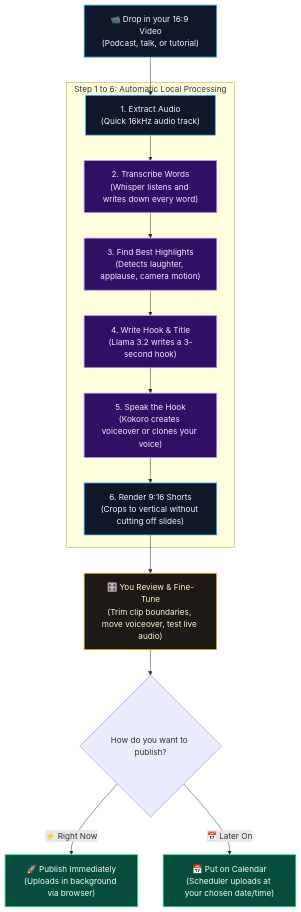
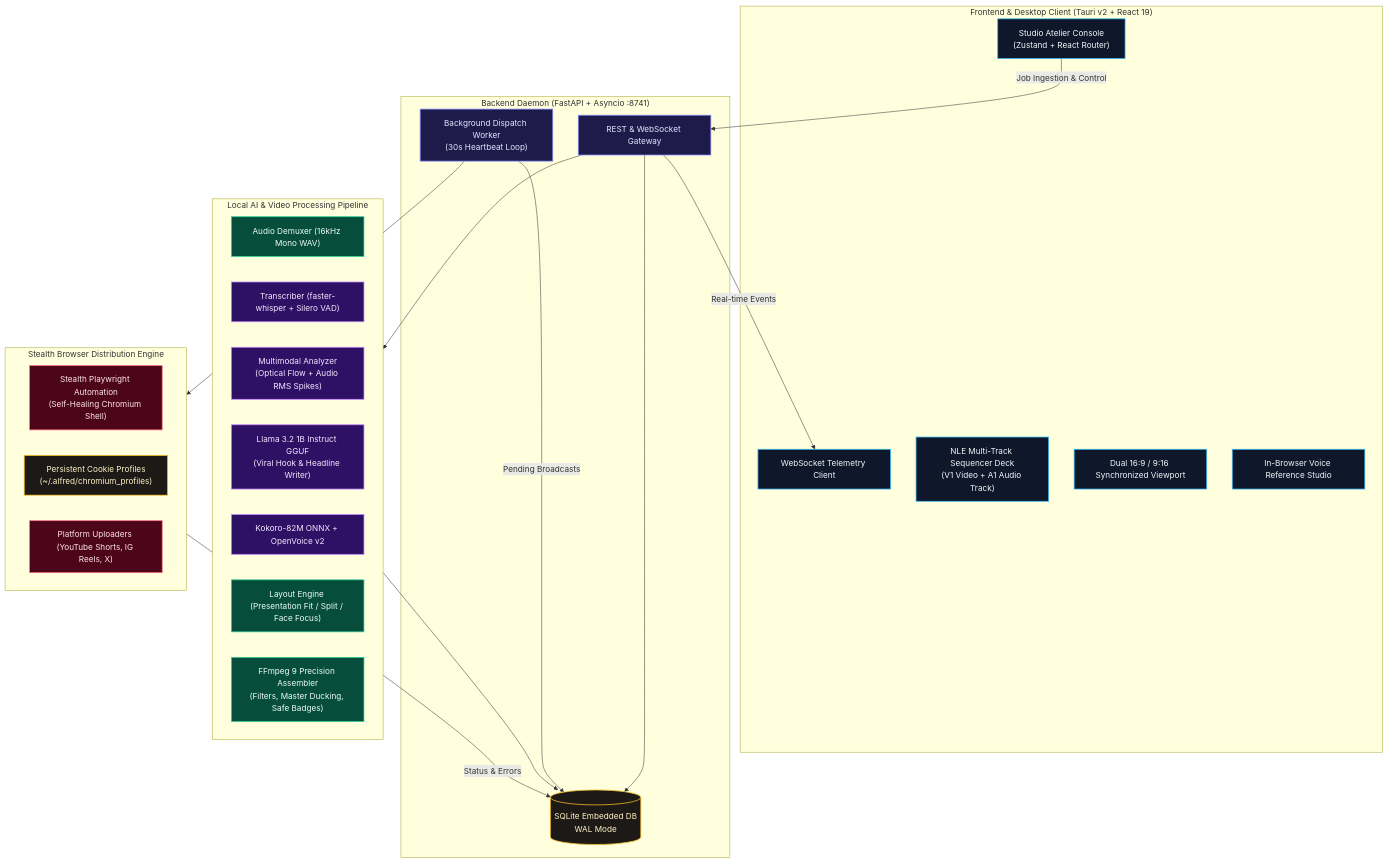
One commit to DivyamJoshi2005/Alfred changed the first of 9 diagrams in README.md. Above: the diagram before and after it, drawn with Mermaid. The commit also changed other lines of this file and 1 other file, not shown here.

Commit message:
docs: enrich READMEs with complete technical depth, clear human explanations, and styled Mermaid diagrams

````diff
--- a/README.md
+++ b/README.md
@@ -51,26 +71,48 @@
 ```mermaid
 flowchart TD
-    classDef step fill:#0f172a,stroke:#38bdf8,stroke-width:1.5px,color:#f1f5f9;
+    classDef client fill:#0f172a,stroke:#38bdf8,stroke-width:1.5px,color:#f1f5f9;
+    classDef server fill:#1e1b4b,stroke:#818cf8,stroke-width:1.5px,color:#e0e7ff;
     classDef ai fill:#2e1065,stroke:#c084fc,stroke-width:1.5px,color:#f3e8ff;
-    classDef editor fill:#1c1917,stroke:#fbbf24,stroke-width:1.5px,color:#fef3c7;
-    classDef publish fill:#064e3b,stroke:#34d399,stroke-width:1.5px,color:#ecfdf5;
+    classDef media fill:#064e3b,stroke:#34d399,stroke-width:1.5px,color:#ecfdf5;
+    classDef storage fill:#1c1917,stroke:#fbbf24,stroke-width:1.5px,color:#fef3c7;
+    classDef social fill:#4c0519,stroke:#fb7185,stroke-width:1.5px,color:#ffe4e6;
 
-    Video["📹 Drop in your 16:9 Video\n(Podcast, talk, or tutorial)"]:::step --> S1
-
-    subgraph Pipeline ["Step 1 to 6: Automatic Local Processing"]
-        S1["1. Extract Audio\n(Quick 16kHz audio track)"]:::step
-        S2["2. Transcribe Words\n(Whisper listens and writes down every word)"]:::ai
-        S3["3. Find Best Highlights\n(Detects laughter, applause, camera motion)"]:::ai
-        S4["4. Write Hook & Title\n(Llama 3.2 writes a 3-second hook)"]:::ai
-        S5["5. Speak the Hook\n(Kokoro creates voiceover or clones your voice)"]:::ai
-        S6["6. Render 9:16 Shorts\n(Crops to vertical without cutting off slides)"]:::step
-        S1 --> S2 --> S3 --> S4 --> S5 --> S6
+    subgraph Client ["Frontend & Desktop Client (Tauri v2 + React 19)"]
+        UI["Studio Atelier Console\n(Zustand + React Router)"]:::client
+        WSClient["WebSocket Telemetry Client"]:::client
+        Sequencer["NLE Multi-Track Sequencer Deck\n(V1 Video + A1 Audio Track)"]:::client
+        Player["Dual 16:9 / 9:16 Synchronized Viewport"]:::client
+        Recorder["In-Browser Voice Reference Studio"]:::client
     end
 
-    S6 --> Review["🎛️ You Review & Fine-Tune\n(Trim clip boundaries, move voiceover, test live audio)"]:::editor
+    subgraph Server ["Backend Daemon (FastAPI + Asyncio :8741)"]
+        API["REST & WebSocket Gateway"]:::server
+        DB[("SQLite Embedded DB\nWAL Mode")]:::storage
+        Scheduler["Background Dispatch Worker\n(30s Heartbeat Loop)"]:::server
+    end
 
-    Review --> Choice{"How do you want to publish?"}
+    subgraph Pipeline ["Local AI & Video Processing Pipeline"]
+        Demux["Audio Demuxer (16kHz Mono WAV)"]:::media
+        Whisper["Transcriber (faster-whisper + Silero VAD)"]:::ai
+        Analyzer["Multimodal Analyzer\n(Optical Flow + Audio RMS Spikes)"]:::ai
+        Llama["Llama 3.2 1B Instruct GGUF\n(Viral Hook & Headline Writer)"]:::ai
+        TTS["Kokoro-82M ONNX + OpenVoice v2"]:::ai
+        SmartCrop["Layout Engine (Presentation Fit / Split / Face Focus)"]:::media
+        Assembler["FFmpeg 9 Precision Assembler\n(Filters, Master Ducking, Safe Badges)"]:::media
+    end
 
-    Choice -->|⚡ Right Now| PubNow["🚀 Publish Immediately\n(Uploads in background via browser)"]:::publish
-    Choice -->|📅 Later On| PubLater["📅 Put on Calendar\n(Scheduler uploads at your chosen date/time)"]:::publish
+    subgraph Distribution ["Stealth Browser Distribution Engine"]
+        Playwright["Stealth Playwright Automation\n(Self-Healing Chromium Shell)"]:::social
+        Sessions["Persistent Cookie Profiles\n(~/.alfred/chromium_profiles)"]:::storage
+        Uploader["Platform Uploaders (YouTube Shorts, IG Reels, X)"]:::social
+    end
+
+    UI -->|Job Ingestion & Control| API
+    API -->|Real-time Events| WSClient
+    API --> DB
+    API --> Pipeline
+    Pipeline --> DB
+    Scheduler -->|Pending Broadcasts| DB
+    Scheduler --> Distribution
+    Distribution -->|Status & Errors| DB
 ```
````
